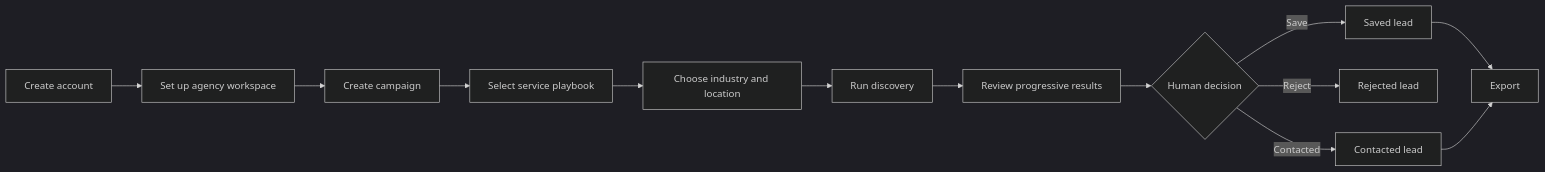
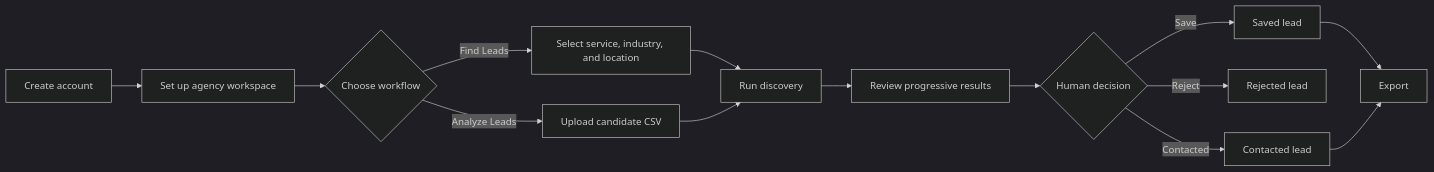
One commit to masiwalrachit/LeadGen_AP_2026 changed the first of 3 diagrams in README.md. Above: the diagram before and after it, drawn with Mermaid (dark theme). The commit also changed other lines of this file and 3 other files, not shown here.

Commit message:
docs: align lead workflows and Grok architecture

````diff
--- a/README.md
+++ b/README.md
@@ -83,15 +85,16 @@
 ```mermaid
 flowchart LR
     A[Create account] --> B[Set up agency workspace]
-    B --> C[Create campaign]
-    C --> D[Select service playbook]
-    D --> E[Choose industry and location]
-    E --> F[Run discovery]
+    B --> C{Choose workflow}
+    C -->|Find Leads| D[Select service, industry, and location]
+    C -->|Analyze Leads| E[Upload candidate CSV]
+    D --> F[Run discovery]
+    E --> F
     F --> G[Review progressive results]
     G --> H{Human decision}
     H -->|Save| I[Saved lead]
     H -->|Reject| J[Rejected lead]
     H -->|Contacted| K[Contacted lead]
     I --> L[Export]
     K --> L
 ```
````
